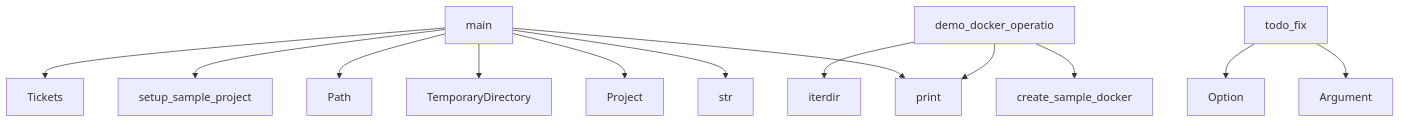
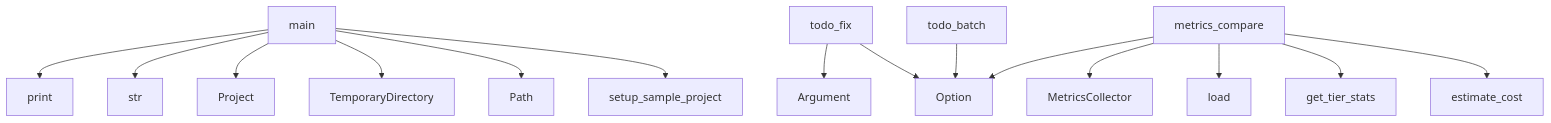
Before and after one commit to semcod/algitex: the diagram in project/context.md, drawn with Mermaid. The commit also changed other lines of this file and 35 other files, not shown here.

````diff
--- a/project/context.md
+++ b/project/context.md
@@ -599,15 +609,17 @@
 ```mermaid
 graph TD
     main --> print
     todo_fix --> Argument
     todo_fix --> Option
     main --> str
     main --> Project
+    metrics_compare --> Option
+    metrics_compare --> MetricsCollector
+    metrics_compare --> load
+    metrics_compare --> get_tier_stats
+    metrics_compare --> estimate_cost
     main --> TemporaryDirectory
     main --> Path
     main --> setup_sample_project
-    demo_docker_operatio --> print
-    demo_docker_operatio --> create_sample_docker
-    demo_docker_operatio --> iterdir
-    main --> Tickets
+    todo_batch --> Option
 ```
````
